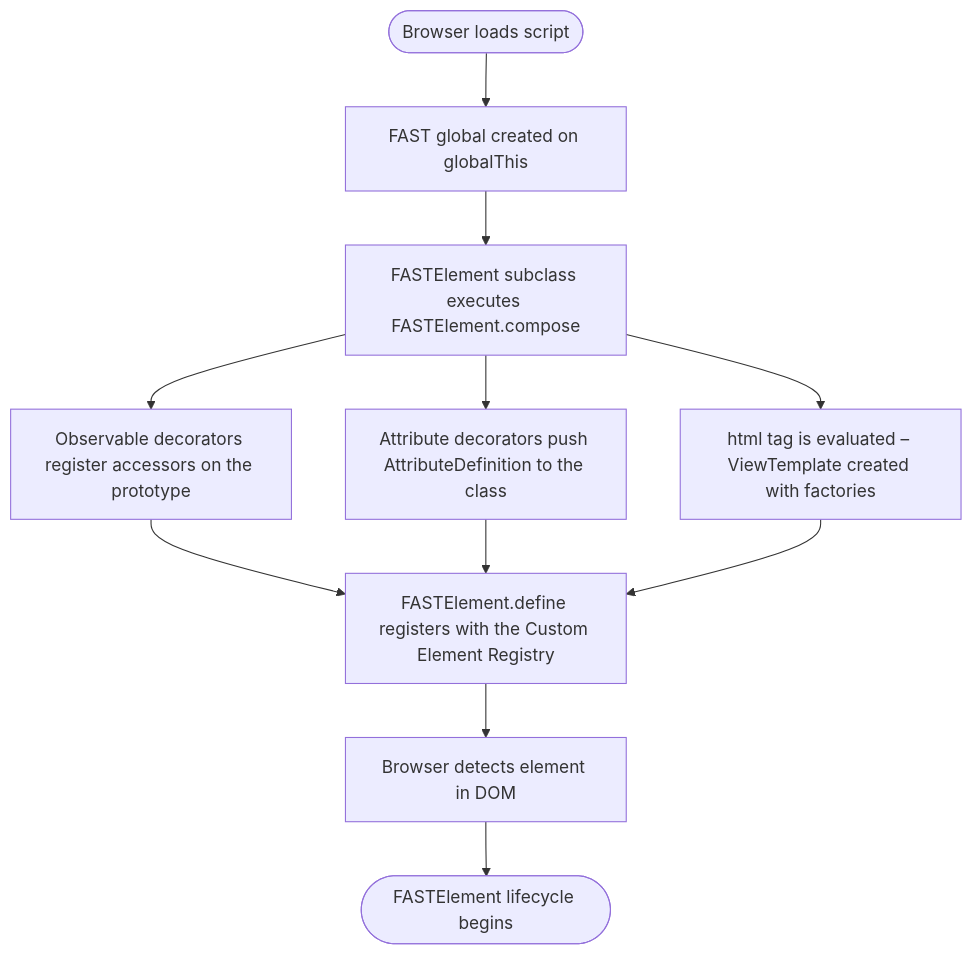
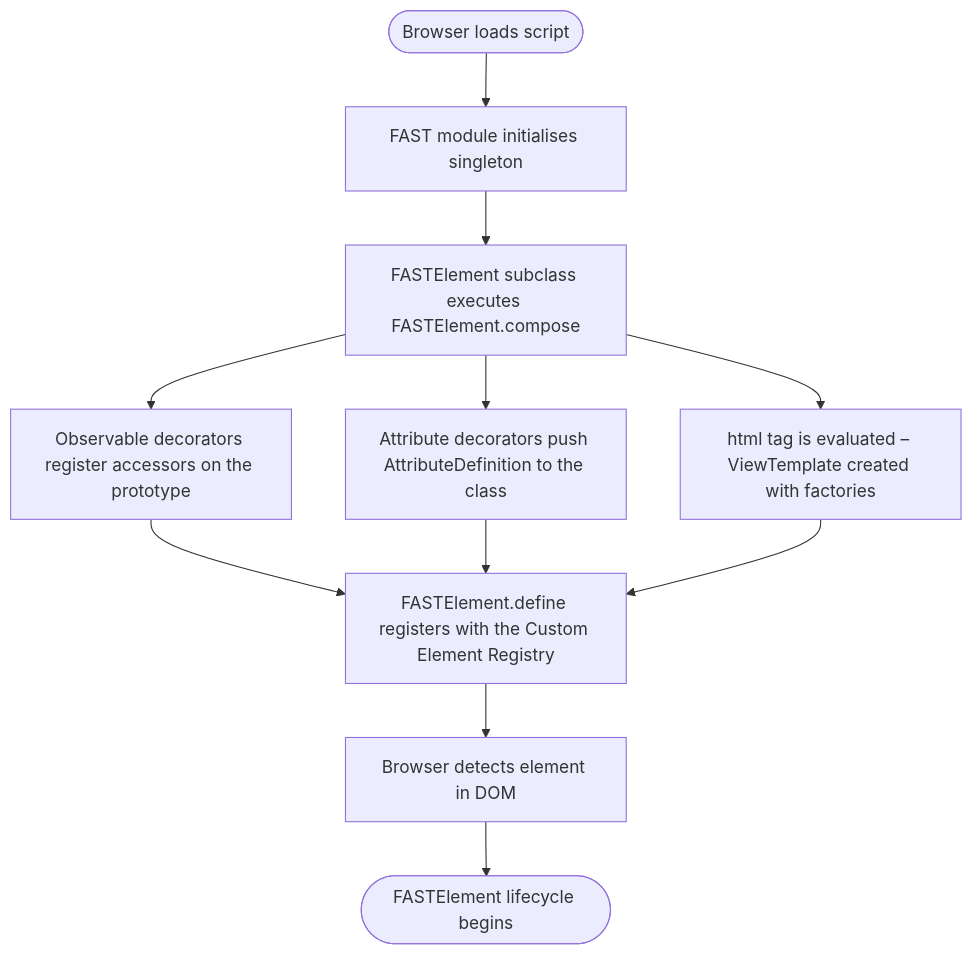
The first of 4 diagrams in packages/fast-element/DESIGN.md (microsoft/fast), drawn with Mermaid before and after one commit. The commit also changed other lines of this file and 194 other files, not shown here.

````diff
--- a/packages/fast-element/DESIGN.md
+++ b/packages/fast-element/DESIGN.md
@@ -360,11 +354,11 @@
 ```mermaid
 flowchart TD
-    A([Browser loads script]) --> B[FAST global created on globalThis]
+    A([Browser loads script]) --> B[FAST module initialises singleton]
     B --> C[FASTElement subclass executes FASTElement.compose]
     C --> D[Observable decorators register accessors on the prototype]
     C --> E[Attribute decorators push AttributeDefinition to the class]
     C --> F[html tag is evaluated – ViewTemplate created with factories]
     D & E & F --> G[FASTElement.define registers with the Custom Element Registry]
     G --> H[Browser detects element in DOM]
     H --> I([FASTElement lifecycle begins])
 ```
````
